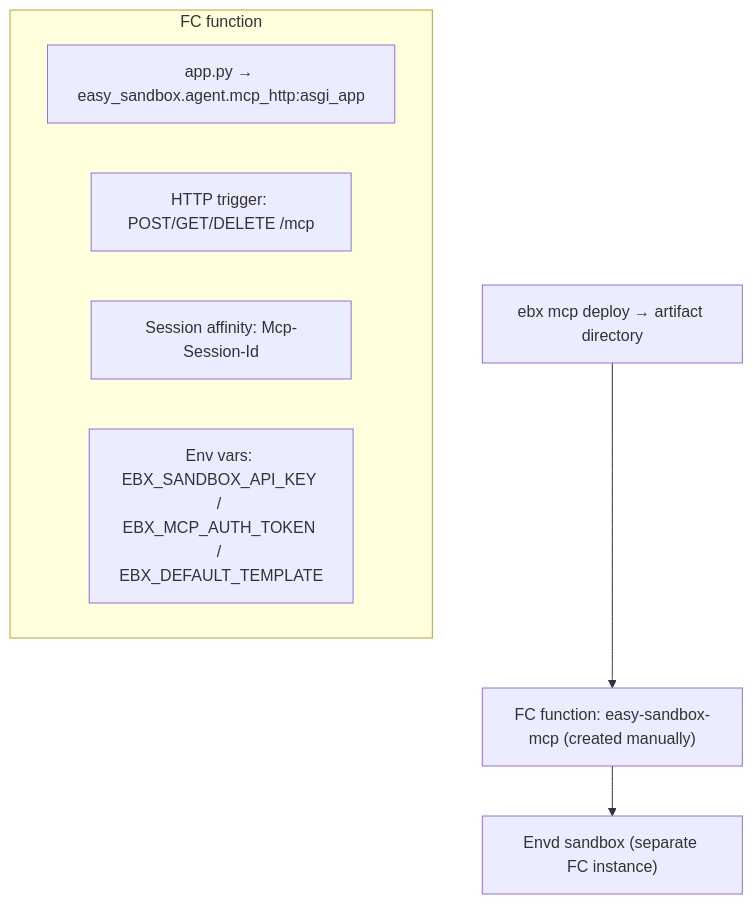
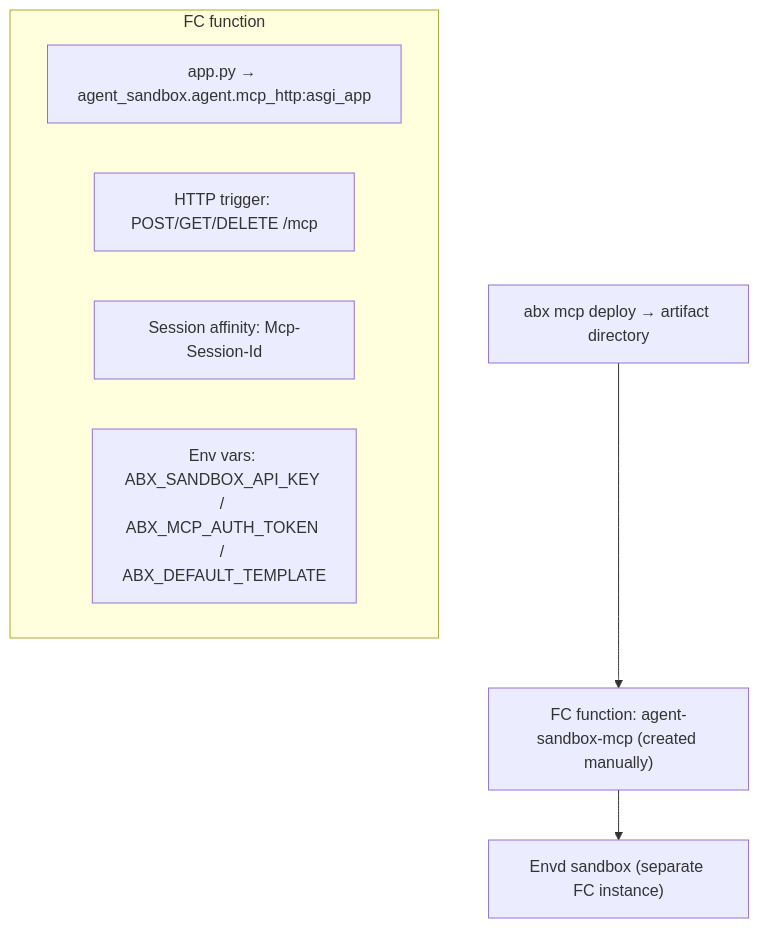
Before and after one commit to Alibaba-Agent-Sandbox/python-sdk: the sixth of 6 diagrams in docs/en/design/mcp-server.md, drawn with Mermaid. The commit also changed other lines of this file and 819 other files, not shown here.

Commit message:
Publish the Agent Sandbox Python SDK: one endpoint table, one policy engine, and the runtime client.

````diff
--- a/docs/en/design/mcp-server.md
+++ b/docs/en/design/mcp-server.md
@@ -412,16 +412,16 @@
 ```mermaid
 graph TB
-    CLI["ebx mcp deploy → artifact directory"]
-    FC["FC function: easy-sandbox-mcp (created manually)"]
+    CLI["abx mcp deploy → artifact directory"]
+    FC["FC function: agent-sandbox-mcp (created manually)"]
     Sandbox["Envd sandbox (separate FC instance)"]
 
     CLI --> FC
     FC --> Sandbox
 
     subgraph FC_Function ["FC function"]
-        ASGI["app.py → easy_sandbox.agent.mcp_http:asgi_app"]
+        ASGI["app.py → agent_sandbox.agent.mcp_http:asgi_app"]
         Trigger["HTTP trigger: POST/GET/DELETE /mcp"]
         Session["Session affinity: Mcp-Session-Id"]
-        Env["Env vars: EBX_SANDBOX_API_KEY / EBX_MCP_AUTH_TOKEN / EBX_DEFAULT_TEMPLATE"]
+        Env["Env vars: ABX_SANDBOX_API_KEY / ABX_MCP_AUTH_TOKEN / ABX_DEFAULT_TEMPLATE"]
     end
 ```
````
